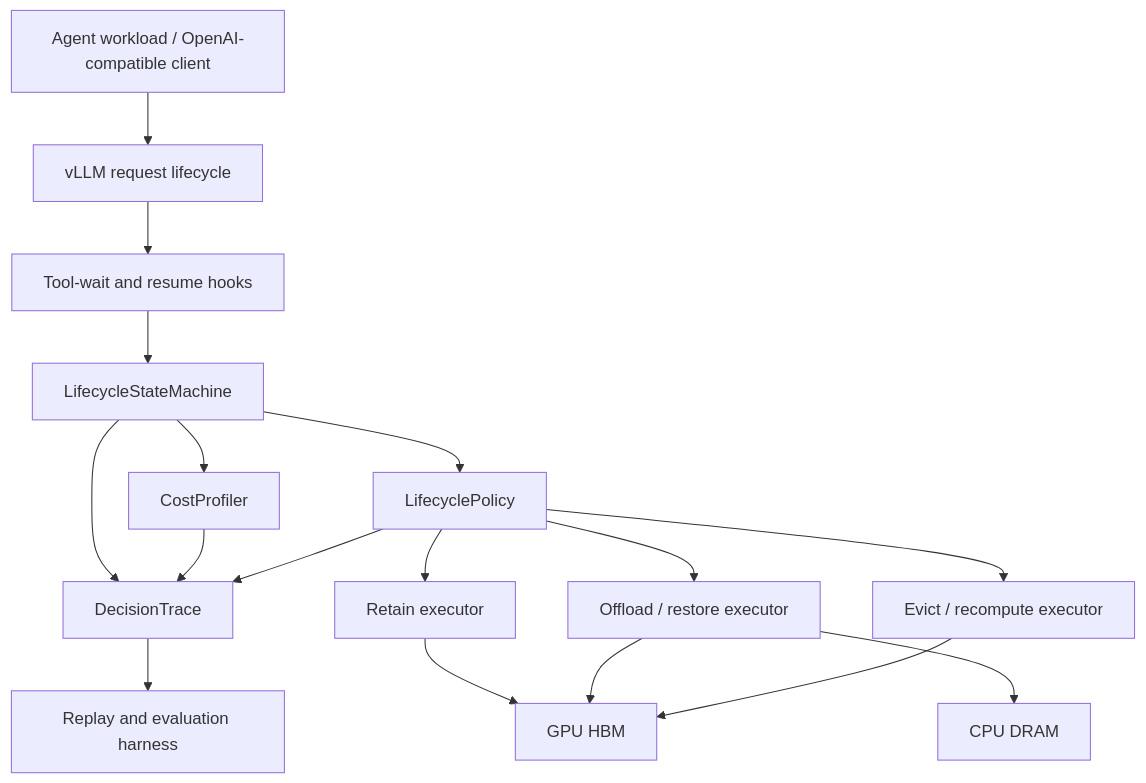
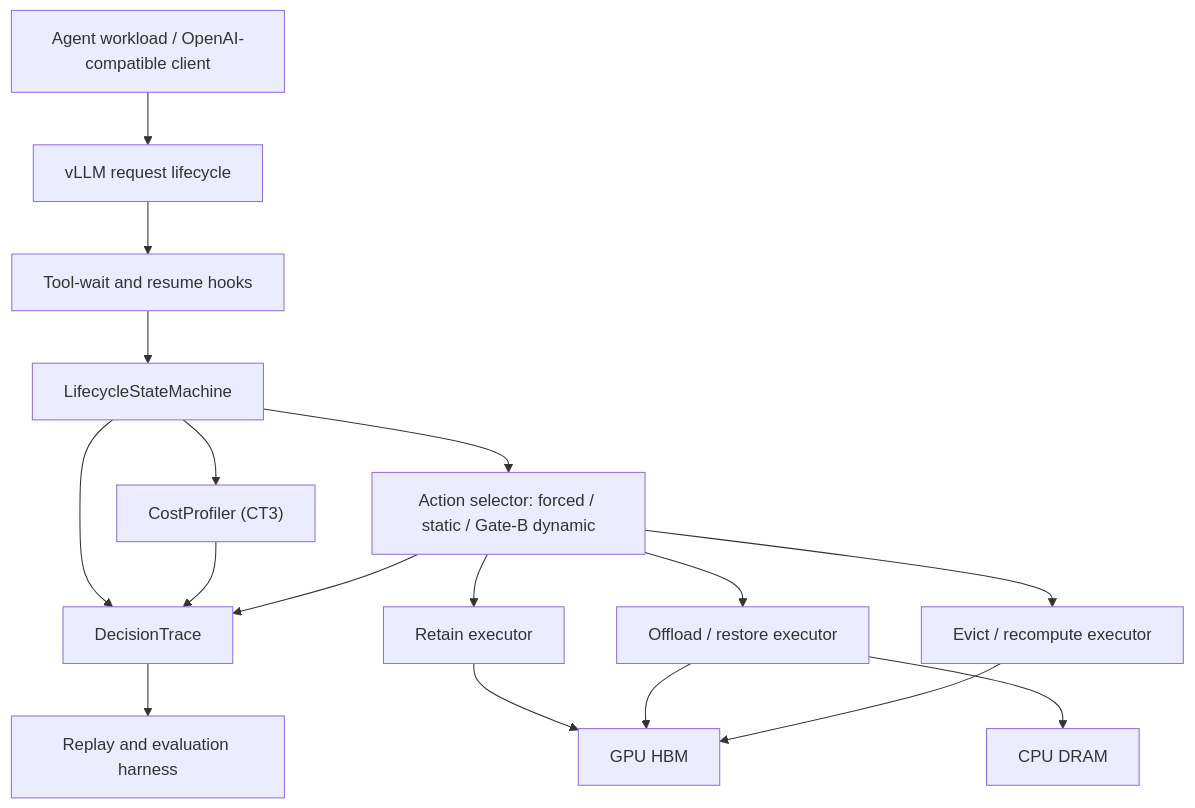
One commit to icebeeeeeeeef/Toolgap-Kv changed the first of 2 diagrams in docs/agent-kv/ARCHITECTURE.md. Above: the diagram before and after it, drawn with Mermaid. The commit also changed other lines of this file and 24 other files, not shown here.

````diff
--- a/docs/agent-kv/ARCHITECTURE.md
+++ b/docs/agent-kv/ARCHITECTURE.md
@@ -17,19 +42,19 @@
 ```mermaid
 flowchart TB
     A["Agent workload / OpenAI-compatible client"] --> B["vLLM request lifecycle"]
     B --> C["Tool-wait and resume hooks"]
     C --> D["LifecycleStateMachine"]
-    D --> E["CostProfiler"]
-    D --> F["LifecyclePolicy"]
+    D --> E["CostProfiler (CT3)"]
+    D --> F["Action selector: forced / static / Gate-B dynamic"]
     F --> G["Retain executor"]
     F --> H["Offload / restore executor"]
     F --> I["Evict / recompute executor"]
     G --> J["GPU HBM"]
     H --> J
     H --> K["CPU DRAM"]
     I --> J
     D --> L["DecisionTrace"]
     E --> L
     F --> L
     L --> M["Replay and evaluation harness"]
 ```
````
